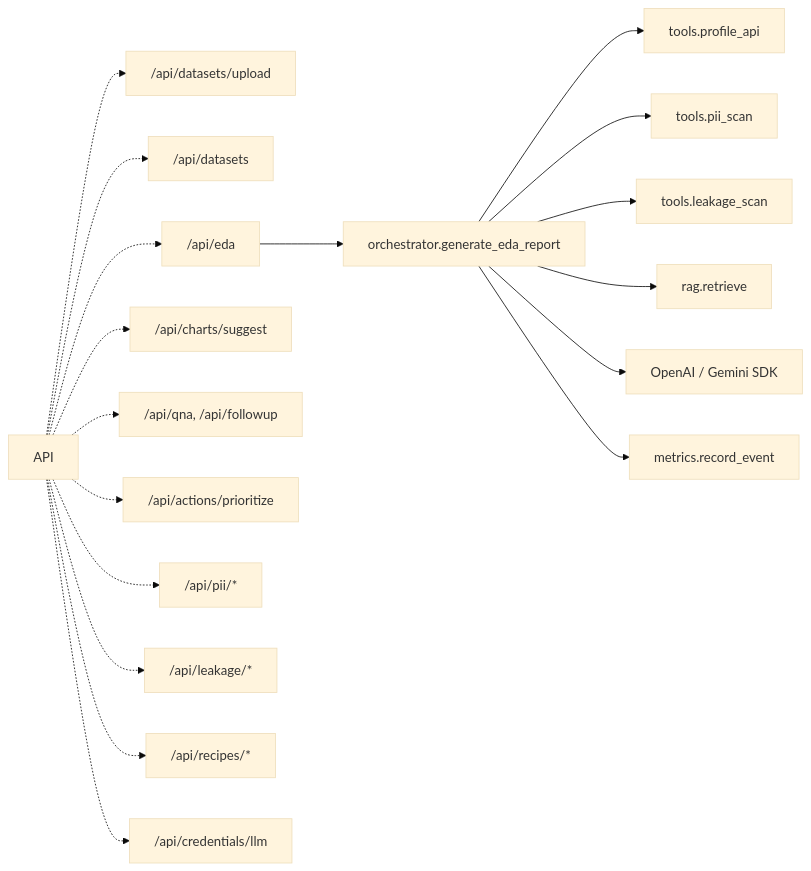
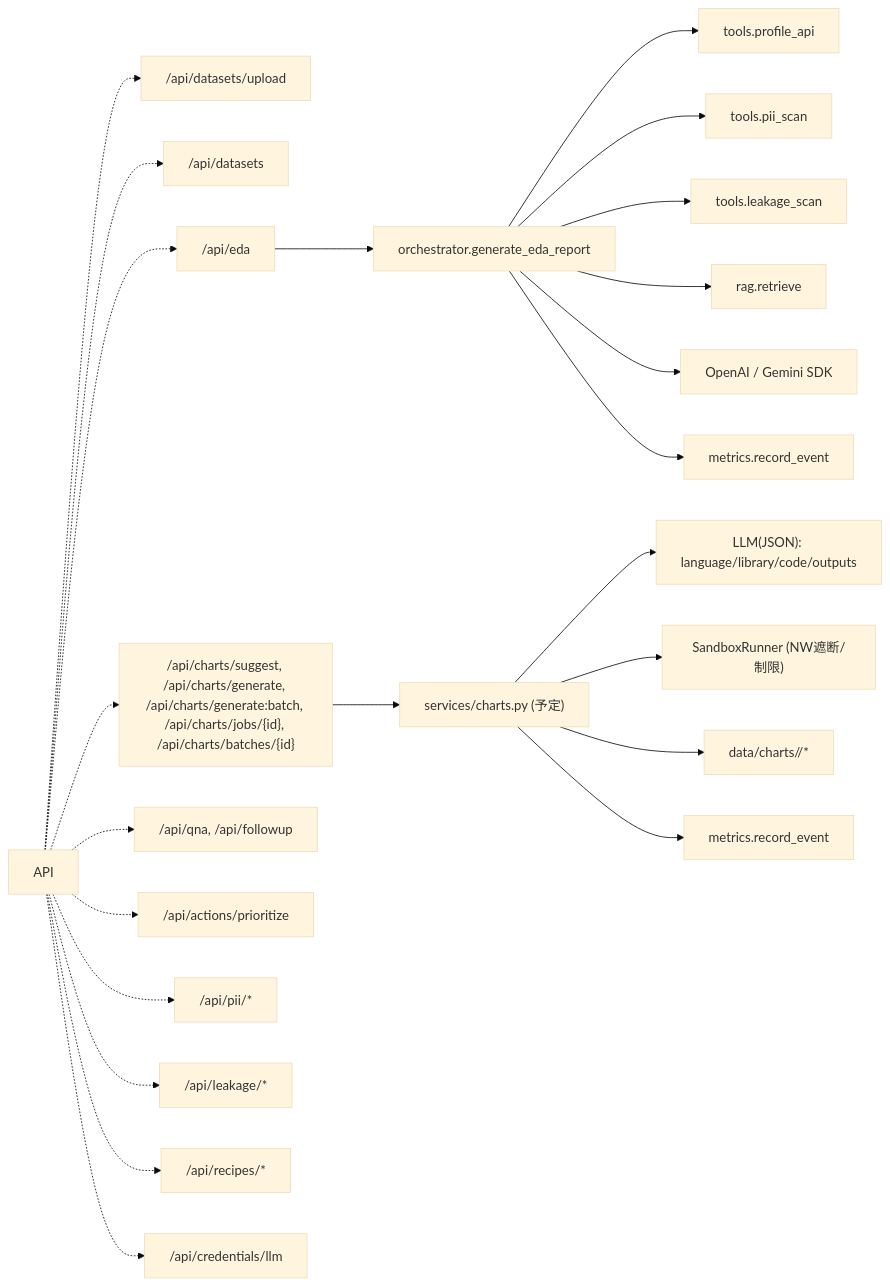
Before and after one commit to youkawa/AutoEDA: the third of 5 diagrams in docs/design.md, drawn with Mermaid (base theme). The commit also changed other lines of this file and 32 other files, not shown here.

````diff
--- a/docs/design.md
+++ b/docs/design.md
@@ -96,21 +96,27 @@
 ```mermaid
 graph LR
   API -.-> UploadController["/api/datasets/upload"]
   API -.-> DatasetController["/api/datasets"]
   API -.-> EDAController["/api/eda"]
-  API -.-> ChartsController["/api/charts/suggest"]
+  API -.-> ChartsController["/api/charts/suggest, /api/charts/generate, /api/charts/generate:batch, /api/charts/jobs/{id}, /api/charts/batches/{id}"]
   API -.-> QnAController["/api/qna, /api/followup"]
   API -.-> ActionsController["/api/actions/prioritize"]
   API -.-> PIIController["/api/pii/*"]
   API -.-> LeakageController["/api/leakage/*"]
   API -.-> RecipesController["/api/recipes/*"]
   API -.-> CredentialsController["/api/credentials/llm"]
 
   EDAController --> Orchestrator["orchestrator.generate_eda_report"]
   Orchestrator --> ProfileTool["tools.profile_api"]
   Orchestrator --> PIITool["tools.pii_scan"]
   Orchestrator --> LeakageTool["tools.leakage_scan"]
   Orchestrator --> RAG["rag.retrieve"]
   Orchestrator --> LLM["OpenAI / Gemini SDK"]
   Orchestrator --> Metrics["metrics.record_event"]
+
+  ChartsController --> ChartsService["services/charts.py (予定)"]
+  ChartsService --> CodeGen["LLM(JSON): language/library/code/outputs"]
+  ChartsService --> Sandbox["SandboxRunner (NW遮断/制限)"]
+  ChartsService --> Store["data/charts/<job_id>/*"]
+  ChartsService --> Metrics2["metrics.record_event"]
 ```
````
